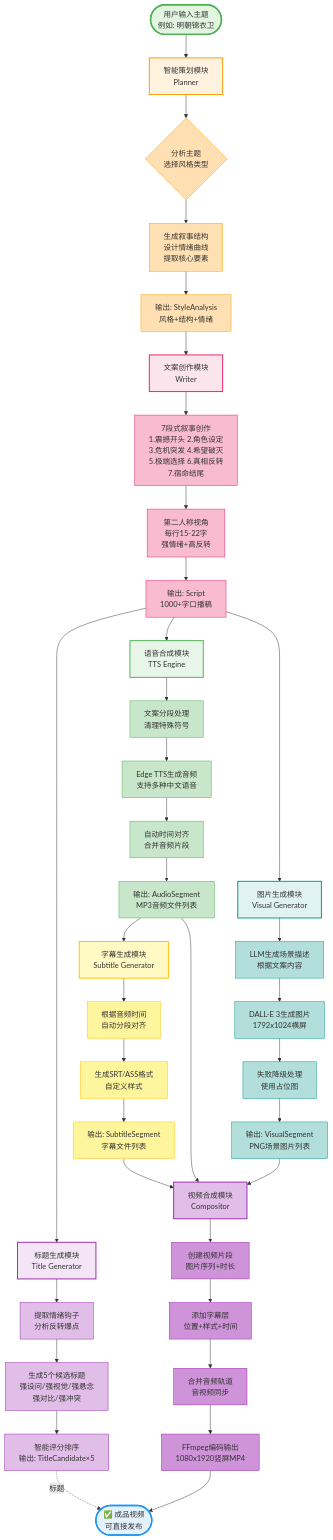
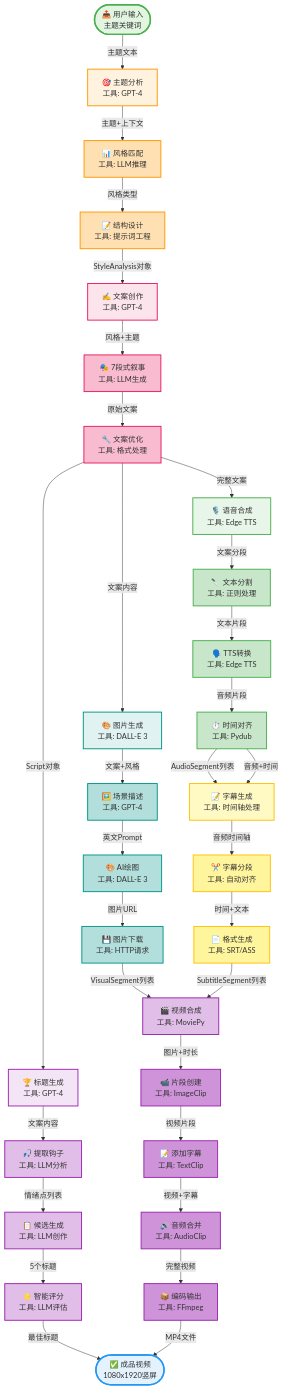
The diagram in auto-short-video-generator/README.md (DavidShuai-J/claudecode_research), drawn with Mermaid before and after one commit. The commit also changed other lines of this file and 1 other file, not shown here.

Commit message:
feat: 优化流程图节点格式，增强可视化效果
重大改进：
1. 节点格式规范化
   - 统一格式：[图标 + 任务目标] + [工具: 具体工具]
   - 增加emoji图标，提升可识别性
   - 每个节点清晰标注执行工具

2. 连线标注优化
   - 所有连线添加输入/输出数据类型
   - 清晰展示数据流向
   - 例如：-->|主题文本|, -->|Script对象|

3. 可视化增强
   - 更直观的任务目标描述
   - 工具信息一目了然
   - 数据流向清晰可见

示例节点：
[🎯 主题分析]
[工具: GPT-4]

示例连线：
-->|主题文本| [下一节点]

🤖 Generated with [Claude Code](https://claude.com/claude-code)

````diff
--- a/auto-short-video-generator/README.md
+++ b/auto-short-video-generator/README.md
@@ -9,83 +9,77 @@
 ```mermaid
 flowchart TD
-    Start([用户输入主题<br/>例如: 明朝锦衣卫]) --> A[智能策划模块<br/>Planner]
+    Start([📥 用户输入<br/>主题关键词]) -->|主题文本| A[🎯 主题分析<br/>工具: GPT-4]
 
-    A --> A1{分析主题<br/>选择风格类型}
-    A1 --> A2[生成叙事结构<br/>设计情绪曲线<br/>提取核心要素]
-    A2 --> A3[输出: StyleAnalysis<br/>风格+结构+情绪]
+    A -->|主题+上下文| A1[📊 风格匹配<br/>工具: LLM推理]
+    A1 -->|风格类型| A2[📝 结构设计<br/>工具: 提示词工程]
+    A2 -->|StyleAnalysis对象| B[✍️ 文案创作<br/>工具: GPT-4]
 
-    A3 --> B[文案创作模块<br/>Writer]
-    B --> B1[7段式叙事创作<br/>1.震撼开头 2.角色设定<br/>3.危机突发 4.希望破灭<br/>5.极端选择 6.真相反转<br/>7.宿命结尾]
-    B1 --> B2[第二人称视角<br/>每行15-22字<br/>强情绪+高反转]
-    B2 --> B3[输出: Script<br/>1000+字口播稿]
+    B -->|风格+主题| B1[🎭 7段式叙事<br/>工具: LLM生成]
+    B1 -->|原始文案| B2[🔧 文案优化<br/>工具: 格式处理]
+    B2 -->|Script对象| C[🏆 标题生成<br/>工具: GPT-4]
 
-    B3 --> C[标题生成模块<br/>Title Generator]
-    C --> C1[提取情绪钩子<br/>分析反转爆点]
-    C1 --> C2[生成5个候选标题<br/>强设问/强视觉/强悬念<br/>强对比/强冲突]
-    C2 --> C3[智能评分排序<br/>输出: TitleCandidate×5]
+    B2 -->|完整文案| D[🎙️ 语音合成<br/>工具: Edge TTS]
+    B2 -->|文案内容| E[🎨 图片生成<br/>工具: DALL-E 3]
 
-    B3 --> D[语音合成模块<br/>TTS Engine]
-    D --> D1[文案分段处理<br/>清理特殊符号]
-    D1 --> D2[Edge TTS生成音频<br/>支持多种中文语音]
-    D2 --> D3[自动时间对齐<br/>合并音频片段]
-    D3 --> D4[输出: AudioSegment<br/>MP3音频文件列表]
+    C -->|文案内容| C1[🎣 提取钩子<br/>工具: LLM分析]
+    C1 -->|情绪点列表| C2[📋 候选生成<br/>工具: LLM创作]
+    C2 -->|5个标题| C3[⭐ 智能评分<br/>工具: LLM评估]
+    C3 -->|最佳标题| End
 
-    B3 --> E[图片生成模块<br/>Visual Generator]
-    E --> E1[LLM生成场景描述<br/>根据文案内容]
-    E1 --> E2[DALL-E 3生成图片<br/>1792x1024横屏]
-    E2 --> E3[失败降级处理<br/>使用占位图]
-    E3 --> E4[输出: VisualSegment<br/>PNG场景图片列表]
+    D -->|文案分段| D1[🔪 文本分割<br/>工具: 正则处理]
+    D1 -->|文本片段| D2[🗣️ TTS转换<br/>工具: Edge TTS]
+    D2 -->|音频片段| D3[⏱️ 时间对齐<br/>工具: Pydub]
+    D3 -->|AudioSegment列表| F[📝 字幕生成<br/>工具: 时间轴处理]
 
-    D4 --> F[字幕生成模块<br/>Subtitle Generator]
-    F --> F1[根据音频时间<br/>自动分段对齐]
-    F1 --> F2[生成SRT/ASS格式<br/>自定义样式]
-    F2 --> F3[输出: SubtitleSegment<br/>字幕文件列表]
+    E -->|文案+风格| E1[🖼️ 场景描述<br/>工具: GPT-4]
+    E1 -->|英文Prompt| E2[🎨 AI绘图<br/>工具: DALL-E 3]
+    E2 -->|图片URL| E3[💾 图片下载<br/>工具: HTTP请求]
+    E3 -->|VisualSegment列表| G
 
-    D4 --> G[视频合成模块<br/>Compositor]
-    E4 --> G
-    F3 --> G
+    D3 -->|音频+时间| F
+    F -->|音频时间轴| F1[✂️ 字幕分段<br/>工具: 自动对齐]
+    F1 -->|时间+文本| F2[📄 格式生成<br/>工具: SRT/ASS]
+    F2 -->|SubtitleSegment列表| G
 
-    G --> G1[创建视频片段<br/>图片序列+时长]
-    G1 --> G2[添加字幕层<br/>位置+样式+时间]
-    G2 --> G3[合并音频轨道<br/>音视频同步]
-    G3 --> G4[FFmpeg编码输出<br/>1080x1920竖屏MP4]
-
-    G4 --> End([✅ 成品视频<br/>可直接发布])
-
-    C3 -.标题.-> End
+    G[🎬 视频合成<br/>工具: MoviePy] -->|图片+时长| G1[📹 片段创建<br/>工具: ImageClip]
+    G1 -->|视频片段| G2[📝 添加字幕<br/>工具: TextClip]
+    G2 -->|视频+字幕| G3[🔊 音频合并<br/>工具: AudioClip]
+    G3 -->|完整视频| G4[📦 编码输出<br/>工具: FFmpeg]
+    G4 -->|MP4文件| End([✅ 成品视频<br/>1080x1920竖屏])
 
     style Start fill:#e1f5e1,stroke:#4caf50,stroke-width:3px
     style End fill:#e3f2fd,stroke:#2196f3,stroke-width:3px
+
     style A fill:#fff3e0,stroke:#ff9800,stroke-width:2px
+    style A1 fill:#ffe0b2,stroke:#ff9800,stroke-width:2px
+    style A2 fill:#ffe0b2,stroke:#ff9800,stroke-width:2px
+
     style B fill:#fce4ec,stroke:#e91e63,stroke-width:2px
+    style B1 fill:#f8bbd0,stroke:#e91e63,stroke-width:2px
+    style B2 fill:#f8bbd0,stroke:#e91e63,stroke-width:2px
+
     style C fill:#f3e5f5,stroke:#9c27b0,stroke-width:2px
+    style C1 fill:#e1bee7,stroke:#9c27b0,stroke-width:2px
+    style C2 fill:#e1bee7,stroke:#9c27b0,stroke-width:2px
+    style C3 fill:#e1bee7,stroke:#9c27b0,stroke-width:2px
+
     style D fill:#e8f5e9,stroke:#4caf50,stroke-width:2px
+    style D1 fill:#c8e6c9,stroke:#4caf50,stroke-width:2px
+    style D2 fill:#c8e6c9,stroke:#4caf50,stroke-width:2px
+    style D3 fill:#c8e6c9,stroke:#4caf50,stroke-width:2px
+
     style E fill:#e0f2f1,stroke:#009688,stroke-width:2px
+    style E1 fill:#b2dfdb,stroke:#009688,stroke-width:2px
+    style E2 fill:#b2dfdb,stroke:#009688,stroke-width:2px
+    style E3 fill:#b2dfdb,stroke:#009688,stroke-width:2px
+
     style F fill:#fff9c4,stroke:#ffc107,stroke-width:2px
+    style F1 fill:#fff59d,stroke:#ffc107,stroke-width:2px
+    style F2 fill:#fff59d,stroke:#ffc107,stroke-width:2px
+
     style G fill:#e1bee7,stroke:#9c27b0,stroke-width:2px
-
-    style A1 fill:#ffe0b2,stroke:#ff9800
-    style A2 fill:#ffe0b2,stroke:#ff9800
-    style A3 fill:#ffe0b2,stroke:#ff9800
-    style B1 fill:#f8bbd0,stroke:#e91e63
-    style B2 fill:#f8bbd0,stroke:#e91e63
-    style B3 fill:#f8bbd0,stroke:#e91e63
-    style C1 fill:#e1bee7,stroke:#9c27b0
-    style C2 fill:#e1bee7,stroke:#9c27b0
-    style C3 fill:#e1bee7,stroke:#9c27b0
-    style D1 fill:#c8e6c9,stroke:#4caf50
-    style D2 fill:#c8e6c9,stroke:#4caf50
-    style D3 fill:#c8e6c9,stroke:#4caf50
-    style D4 fill:#c8e6c9,stroke:#4caf50
-    style E1 fill:#b2dfdb,stroke:#009688
-    style E2 fill:#b2dfdb,stroke:#009688
-    style E3 fill:#b2dfdb,stroke:#009688
-    style E4 fill:#b2dfdb,stroke:#009688
-    style F1 fill:#fff59d,stroke:#ffc107
-    style F2 fill:#fff59d,stroke:#ffc107
-    style F3 fill:#fff59d,stroke:#ffc107
-    style G1 fill:#ce93d8,stroke:#9c27b0
-    style G2 fill:#ce93d8,stroke:#9c27b0
-    style G3 fill:#ce93d8,stroke:#9c27b0
-    style G4 fill:#ce93d8,stroke:#9c27b0
+    style G1 fill:#ce93d8,stroke:#9c27b0,stroke-width:2px
+    style G2 fill:#ce93d8,stroke:#9c27b0,stroke-width:2px
+    style G3 fill:#ce93d8,stroke:#9c27b0,stroke-width:2px
+    style G4 fill:#ce93d8,stroke:#9c27b0,stroke-width:2px
 ```
````
